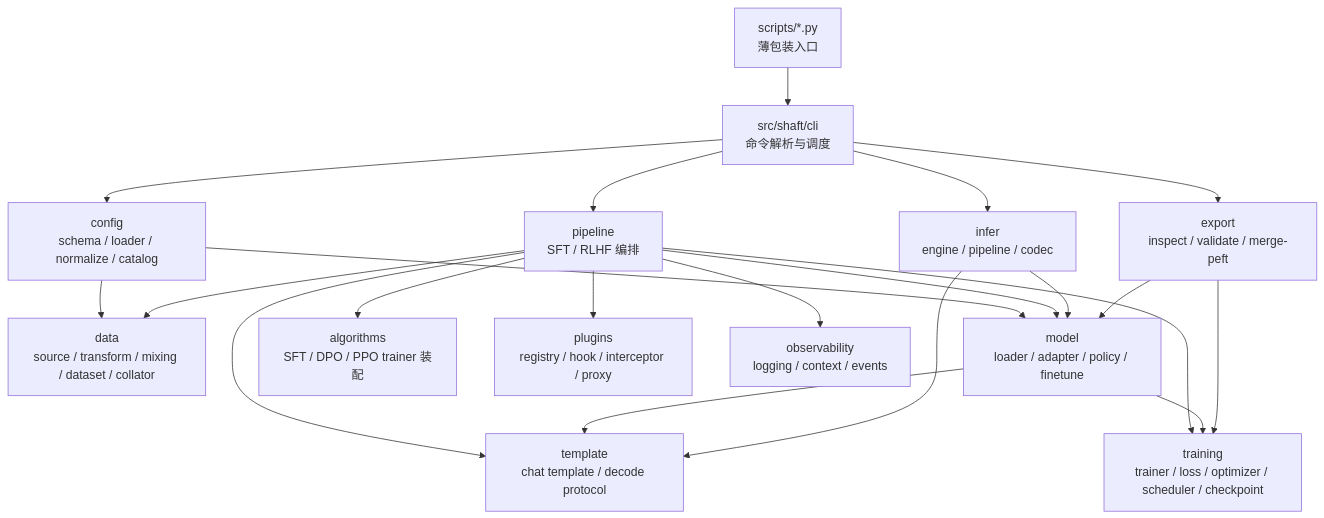
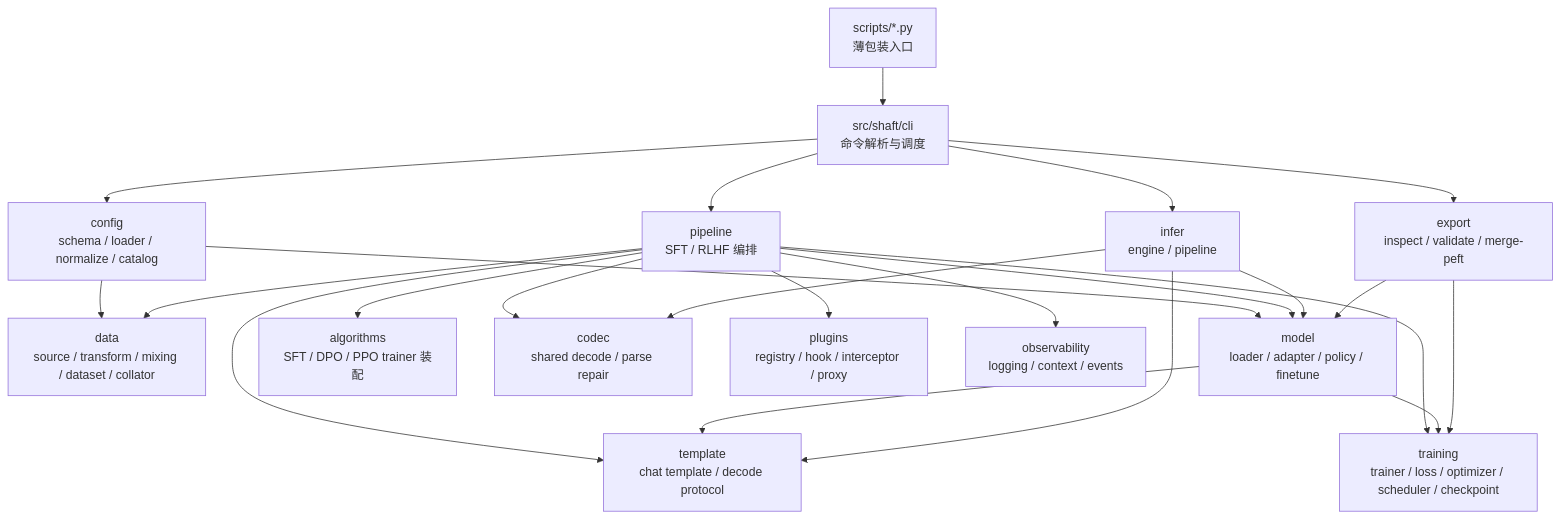
The first of 3 diagrams in docs/architecture.md (BITnene465/shaft), drawn with Mermaid before and after one commit. The commit also changed other lines of this file and 34 other files, not shown here.

````diff
--- a/docs/architecture.md
+++ b/docs/architecture.md
@@ -42,38 +47,41 @@
 ```mermaid
 flowchart TD
     Scripts["scripts/*.py<br/>薄包装入口"]
     CLI["src/shaft/cli<br/>命令解析与调度"]
     Config["config<br/>schema / loader / normalize / catalog"]
     Pipeline["pipeline<br/>SFT / RLHF 编排"]
     Data["data<br/>source / transform / mixing / dataset / collator"]
     Model["model<br/>loader / adapter / policy / finetune"]
     Template["template<br/>chat template / decode protocol"]
     Algorithms["algorithms<br/>SFT / DPO / PPO trainer 装配"]
     Training["training<br/>trainer / loss / optimizer / scheduler / checkpoint"]
-    Infer["infer<br/>engine / pipeline / codec"]
+    Codec["codec<br/>shared decode / parse repair"]
+    Infer["infer<br/>engine / pipeline"]
     Export["export<br/>inspect / validate / merge-peft"]
     Plugins["plugins<br/>registry / hook / interceptor / proxy"]
     Obs["observability<br/>logging / context / events"]
 
     Scripts --> CLI
     CLI --> Config
     CLI --> Pipeline
     CLI --> Infer
     CLI --> Export
 
     Config --> Data
     Config --> Model
     Pipeline --> Data
     Pipeline --> Model
     Pipeline --> Template
     Pipeline --> Algorithms
     Pipeline --> Training
+    Pipeline --> Codec
     Pipeline --> Plugins
     Pipeline --> Obs
     Model --> Template
     Model --> Training
+    Infer --> Codec
     Infer --> Model
     Infer --> Template
     Export --> Model
     Export --> Training
 ```
````
